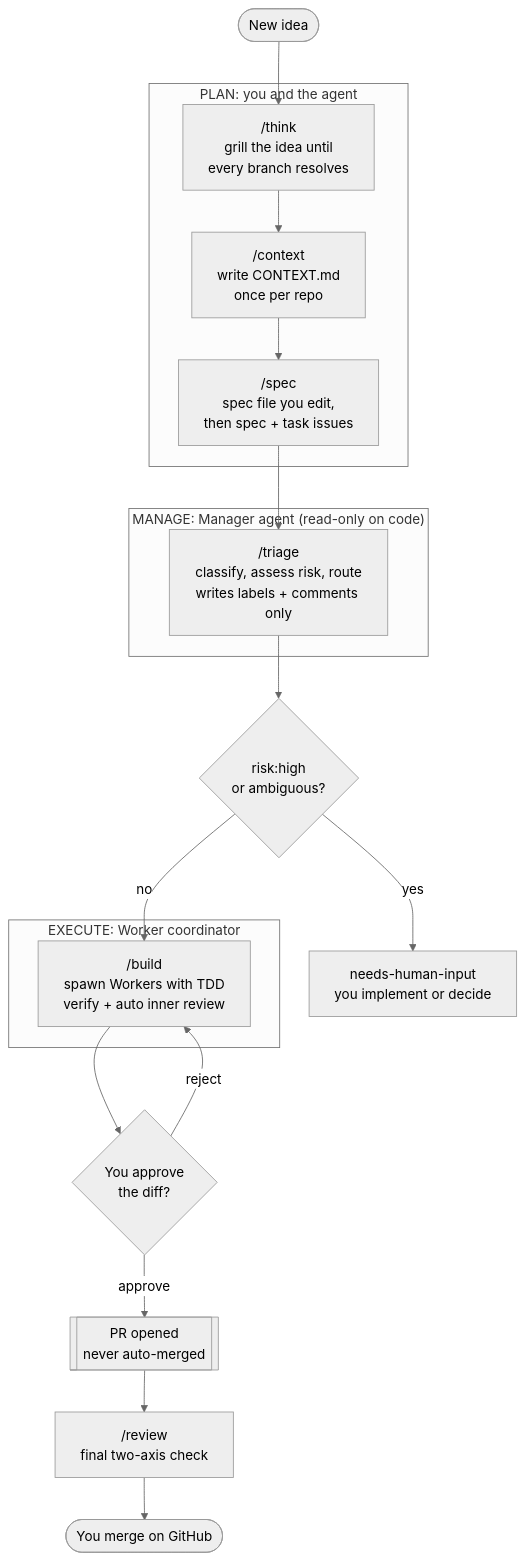
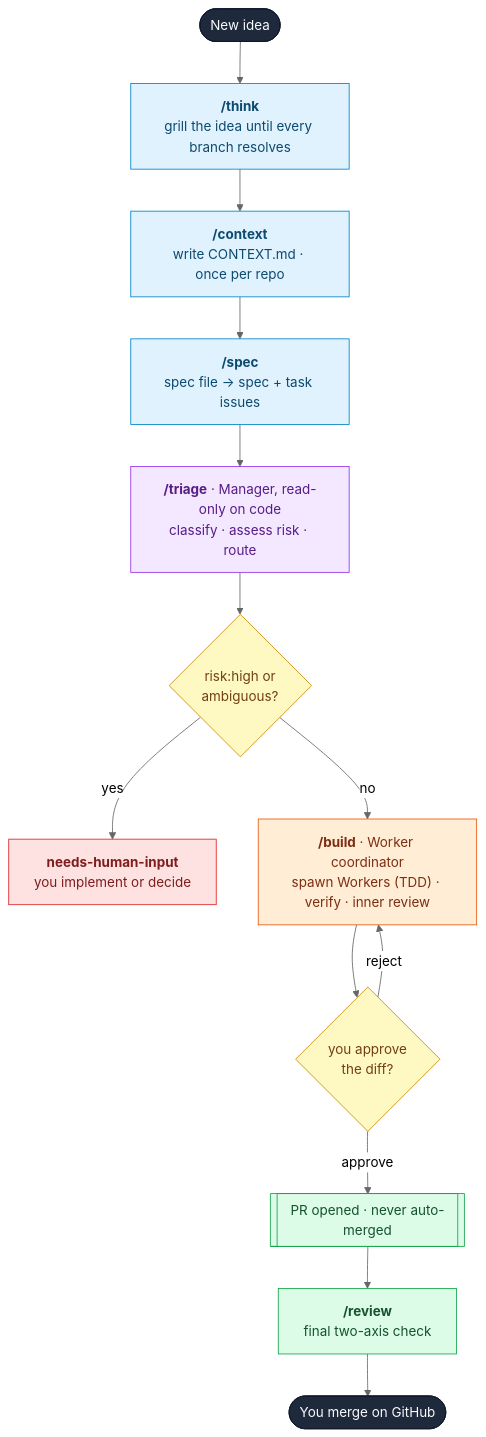
The diagram in README.md (markstent/muster), drawn with Mermaid (neutral theme) before and after one commit. The commit also changed other lines of this file, not shown here.

Commit message:
docs: redesign the flow diagram - clean vertical spine, colour-coded phases
Replace the subgraph-based Mermaid diagram (messy layout, crossing edges)
with a colour-coded vertical flowchart: phases by colour, labelled
decision branches, and a colour key. Verified by rendering.

````diff
--- a/README.md
+++ b/README.md
@@ -131,34 +131,33 @@
 ```mermaid
 flowchart TD
-    idea([New idea])
+    idea([New idea]):::edge
 
-    subgraph plan ["PLAN: you and the agent"]
-        think["/think<br/>grill the idea until<br/>every branch resolves"]
-        context["/context<br/>write CONTEXT.md<br/>once per repo"]
-        spec["/spec<br/>spec file you edit,<br/>then spec + task issues"]
-    end
+    think["<b>/think</b><br/>grill the idea until every branch resolves"]:::plan
+    context["<b>/context</b><br/>write CONTEXT.md · once per repo"]:::plan
+    spec["<b>/spec</b><br/>spec file → spec + task issues"]:::plan
 
-    subgraph manage ["MANAGE: Manager agent (read-only on code)"]
-        triage["/triage<br/>classify, assess risk, route<br/>writes labels + comments only"]
-    end
+    triage["<b>/triage</b> · Manager, read-only on code<br/>classify · assess risk · route"]:::manage
+    risk{"risk:high or<br/>ambiguous?"}:::decision
+    human["<b>needs-human-input</b><br/>you implement or decide"]:::stop
 
-    subgraph execute ["EXECUTE: Worker coordinator"]
-        build["/build<br/>spawn Workers with TDD<br/>verify + auto inner review"]
-    end
+    build["<b>/build</b> · Worker coordinator<br/>spawn Workers (TDD) · verify · inner review"]:::execute
+    approve{"you approve<br/>the diff?"}:::decision
 
-    risk{"risk:high<br/>or ambiguous?"}
-    gate{"You approve<br/>the diff?"}
-    pr[["PR opened<br/>never auto-merged"]]
-    review["/review<br/>final two-axis check"]
-    merge([You merge on GitHub])
-    human["needs-human-input<br/>you implement or decide"]
+    pr[["PR opened · never auto-merged"]]:::ship
+    review["<b>/review</b><br/>final two-axis check"]:::ship
+    merge([You merge on GitHub]):::edge
 
-    idea --> think --> context --> spec --> triage
-    triage --> risk
-    risk -- yes --> human
-    risk -- no --> build
-    build --> gate
-    gate -- reject --> build
-    gate -- approve --> pr
-    pr --> review --> merge
+    idea --> think --> context --> spec --> triage --> risk
+    risk -->|yes| human
+    risk -->|no| build --> approve
+    approve -->|reject| build
+    approve -->|approve| pr --> review --> merge
+
+    classDef plan fill:#e0f2fe,stroke:#0284c7,color:#0c4a6e;
+    classDef manage fill:#f3e8ff,stroke:#9333ea,color:#581c87;
+    classDef execute fill:#ffedd5,stroke:#ea580c,color:#7c2d12;
+    classDef decision fill:#fef9c3,stroke:#ca8a04,color:#713f12;
+    classDef ship fill:#dcfce7,stroke:#16a34a,color:#14532d;
+    classDef stop fill:#fee2e2,stroke:#dc2626,color:#7f1d1d;
+    classDef edge fill:#1e293b,stroke:#0f172a,color:#f8fafc;
 ```
````
